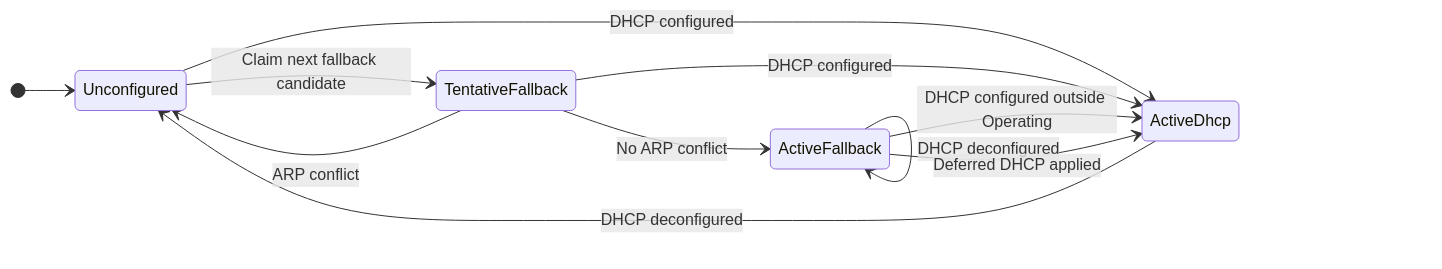
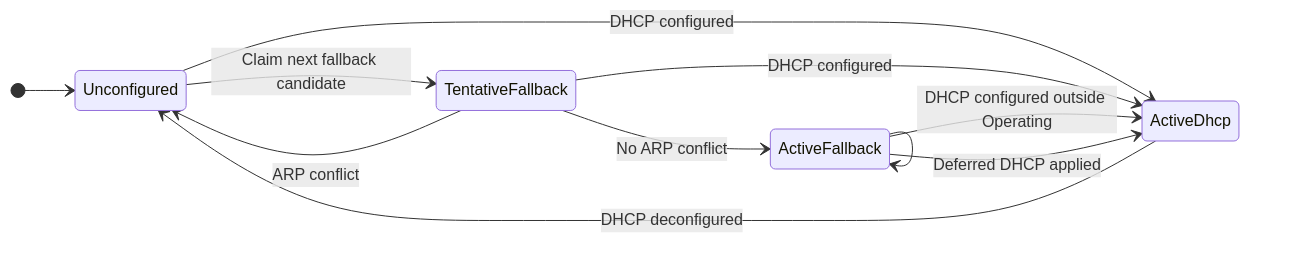
One commit to deimoscontrols/deimos changed the diagram in software/deimos/README.md. Above: the diagram before and after it, drawn with Mermaid.

Commit message:
more diagram cleanup

````diff
--- a/software/deimos/README.md
+++ b/software/deimos/README.md
@@ -183,20 +183,20 @@
 ```mermaid
 stateDiagram-v2
     direction LR
 
     [*] --> Unconfigured
 
     Unconfigured --> TentativeFallback: Claim next fallback candidate
     Unconfigured --> ActiveDhcp: DHCP configured
 
     TentativeFallback --> ActiveFallback: No ARP conflict
     TentativeFallback --> Unconfigured: ARP conflict
     TentativeFallback --> ActiveDhcp: DHCP configured
 
     ActiveFallback --> ActiveDhcp: DHCP configured outside Operating
     ActiveFallback --> ActiveFallback: DHCP deferred during Operating
+    ActiveFallback --> ActiveFallback
     ActiveFallback --> ActiveDhcp: Deferred DHCP applied
 
     ActiveDhcp --> Unconfigured: DHCP deconfigured
-    ActiveFallback --> ActiveFallback: DHCP deconfigured
 ```
````
